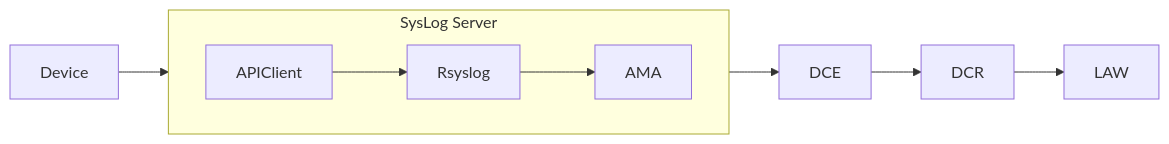
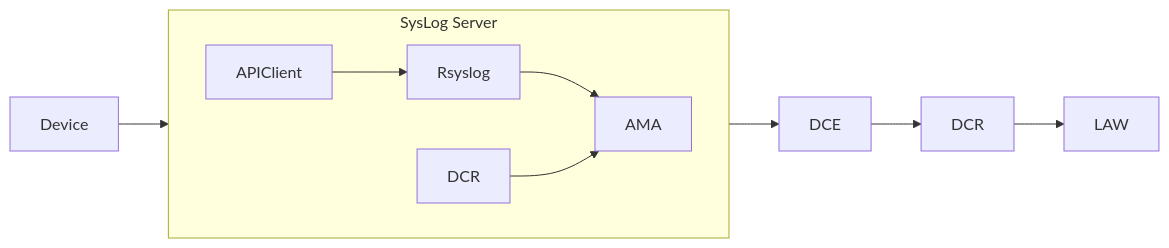
The second of 2 diagrams in mermaidtest.md (tlourey/tlourey.github.io), drawn with Mermaid before and after one commit. The commit also changed 1 other file, not shown here.

Commit message:
diagram updates

````diff
--- a/mermaidtest.md
+++ b/mermaidtest.md
@@ -20,11 +20,12 @@
 ```mermaid
 flowchart LR
   Device --> Rsyslog;
   subgraph SysLog Server
     direction LR
     APIClient --> Rsyslog --> AMA
+    DCR1[DCR] --> AMA
   end
   AMA --> DCE;
-  DCE --> DCR;
-  DCR --> LAW;
+  DCE --> DCR2[DCR];
+  DCR2[DCR] --> LAW;
 ```
````
